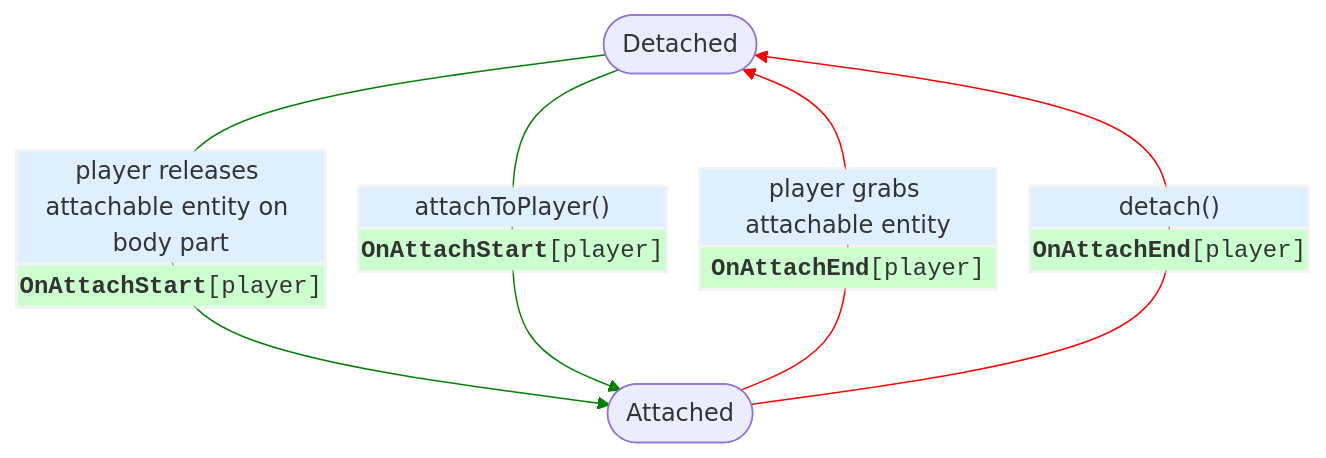
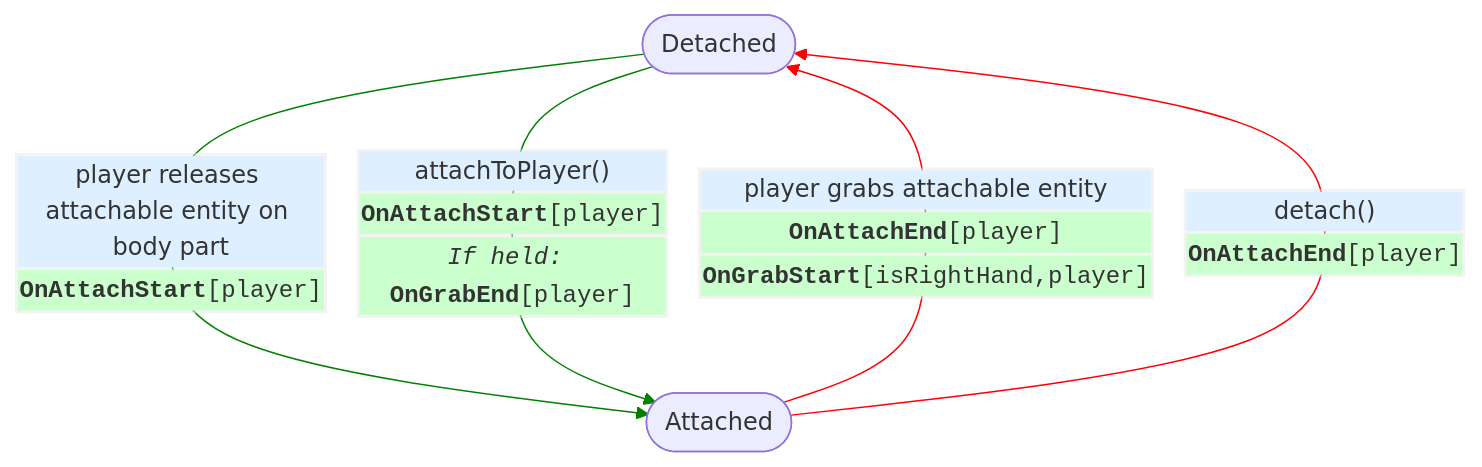
Before and after one commit to MHCPCreators/horizonCreatorManual: the fourth of 4 diagrams in HorizonTechnicalDoc.md, drawn with Mermaid. The commit also changed other lines of this file, not shown here.

````diff
--- a/HorizonTechnicalDoc.md
+++ b/HorizonTechnicalDoc.md
@@ -1826,16 +1832,16 @@
 ```mermaid
 flowchart TD
   detach([Detached])
   attach([Attached])
 
   detach -- <table style="margin:0"><tr><td style="background-color:#deefff">player releases attachable entity on body part</td></tr><tr><td style="background-color:#cbffcd"><code style="background-color:#0000"><b>OnAttachStart</b>[player]</code></td></tr></table> ---> attach
 
-  detach -- <table style="margin:0"><tr><td style="background-color:#deefff">attachToPlayer()</td></tr><tr><td style="background-color:#cbffcd"><code style="background-color:#0000"><b>OnAttachStart</b>[player]</code></td></tr></table> ---> attach
+  detach -- <table style="margin:0"><tr><td style="background-color:#deefff">attachToPlayer()</td></tr><tr><td style="background-color:#cbffcd"><code style="background-color:#0000"><b>OnAttachStart</b>[player]</code></td></tr><tr><td style="background-color:#cbffcd"><code style="background-color:#0000"><I>If held:</I> <b>OnGrabEnd</b>[player]</code></td></tr></table> ---> attach
 
-  attach -- <table style="margin:0"><tr><td style="background-color:#deefff">player grabs attachable entity</td></tr><tr><td style="background-color:#cbffcd"><code style="background-color:#0000"><b>OnAttachEnd</b>[player]</code></td></tr></table> --> detach
+  attach -- <table style="margin:0"><tr><td style="background-color:#deefff">player grabs attachable entity</td></tr><tr><td style="background-color:#cbffcd"><code style="background-color:#0000"><b>OnAttachEnd</b>[player]</code></td></tr><tr><td style="background-color:#cbffcd"><code style="background-color:#0000"><b>OnGrabStart</b>[isRightHand,player]</code></td></tr></table> --> detach
 
   attach -- <table style="margin:0"><tr><td style="background-color:#deefff">detach()</td></tr><tr><td style="background-color:#cbffcd"><code style="background-color:#0000"><b>OnAttachEnd</b>[player]</code></td></tr></table> --> detach
 
    linkStyle 0,1 stroke:green,stroke-width:1px;
     linkStyle 2,3 stroke:red,stroke-width:1px;
 ```
````
